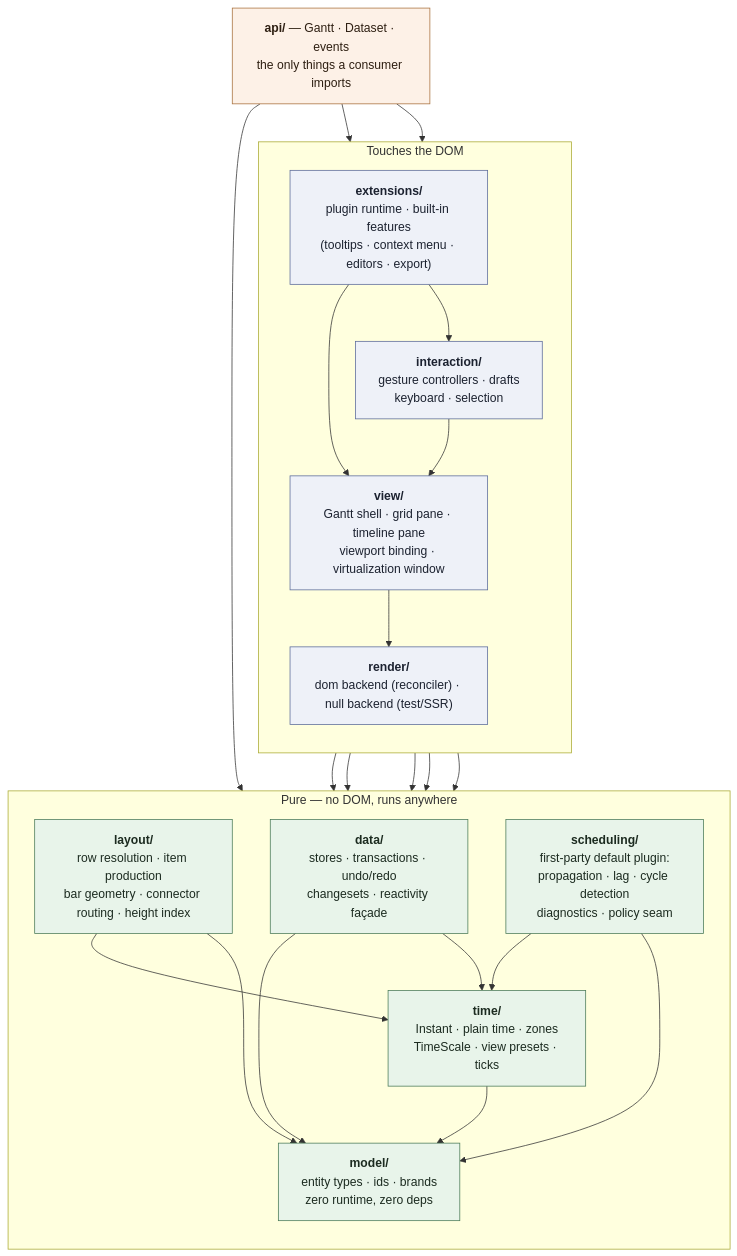
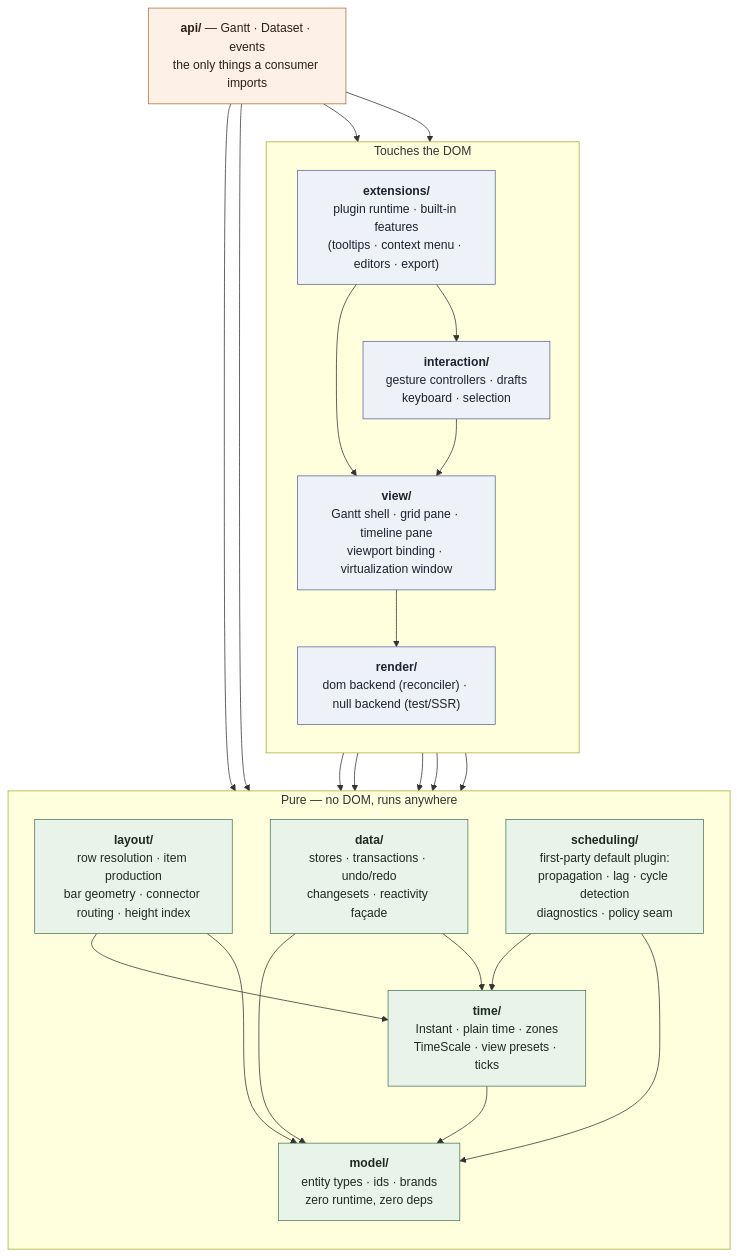
The first of 6 diagrams in plans/01-domain-architecture.md (freegantt/freegantt), drawn with Mermaid before and after one commit. The commit also changed other lines of this file and 1 other file, not shown here.

Commit message:
plans: api may import scheduling to re-export its first-party functions

````diff
--- a/plans/01-domain-architecture.md
+++ b/plans/01-domain-architecture.md
@@ -11,48 +11,49 @@
 ```mermaid
 flowchart TB
   subgraph domside["Touches the DOM"]
     direction TB
     EXT["<b>extensions/</b><br/>plugin runtime · built-in features<br/>(tooltips · context menu · editors · export)"]
     INT["<b>interaction/</b><br/>gesture controllers · drafts<br/>keyboard · selection"]
     VIEW["<b>view/</b><br/>Gantt shell · grid pane · timeline pane<br/>viewport binding · virtualization window"]
     REN["<b>render/</b><br/>dom backend (reconciler) · null backend (test/SSR)"]
   end
 
   subgraph pureside["Pure — no DOM, runs anywhere"]
     direction TB
     LAY["<b>layout/</b><br/>row resolution · item production<br/>bar geometry · connector routing · height index"]
     SCH["<b>scheduling/</b><br/>first-party default plugin:<br/>propagation · lag · cycle detection<br/>diagnostics · policy seam"]
     DATA["<b>data/</b><br/>stores · transactions · undo/redo<br/>changesets · reactivity façade"]
     TIME["<b>time/</b><br/>Instant · plain time · zones<br/>TimeScale · view presets · ticks"]
     MODEL["<b>model/</b><br/>entity types · ids · brands<br/>zero runtime, zero deps"]
   end
 
   API["<b>api/</b> — Gantt · Dataset · events<br/>the only things a consumer imports"]
 
   API --> VIEW
   API --> DATA
   API --> INT
+  API --> SCH
   EXT --> VIEW
   EXT --> INT
   INT --> VIEW
   INT --> DATA
   INT --> MODEL
   VIEW --> REN
   VIEW --> LAY
   VIEW --> DATA
   REN --> LAY
   LAY --> TIME
   LAY --> MODEL
   DATA --> MODEL
   DATA --> TIME
   SCH --> TIME
   SCH --> MODEL
   TIME --> MODEL
 
   classDef pure fill:#e8f4ea,stroke:#4a7a58,color:#1c2b20
   classDef dom fill:#eef1f8,stroke:#5a6a9a,color:#1c2230
   classDef apic fill:#fdf1e7,stroke:#a8703c,color:#2e1f12
   class MODEL,TIME,DATA,SCH,LAY pure
   class EXT,INT,VIEW,REN dom
   class API apic
 ```
````
